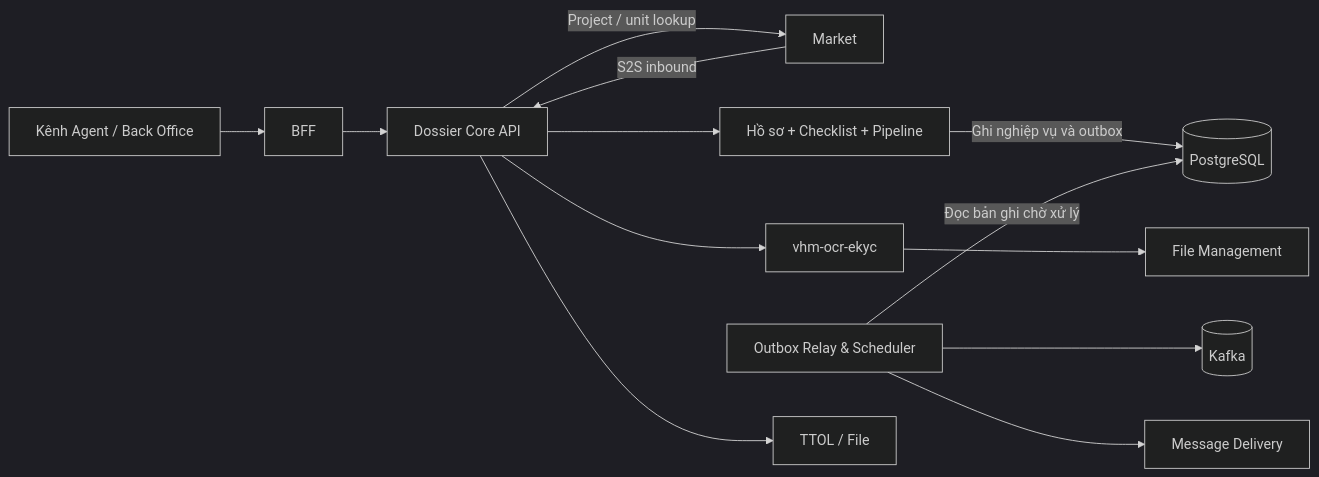
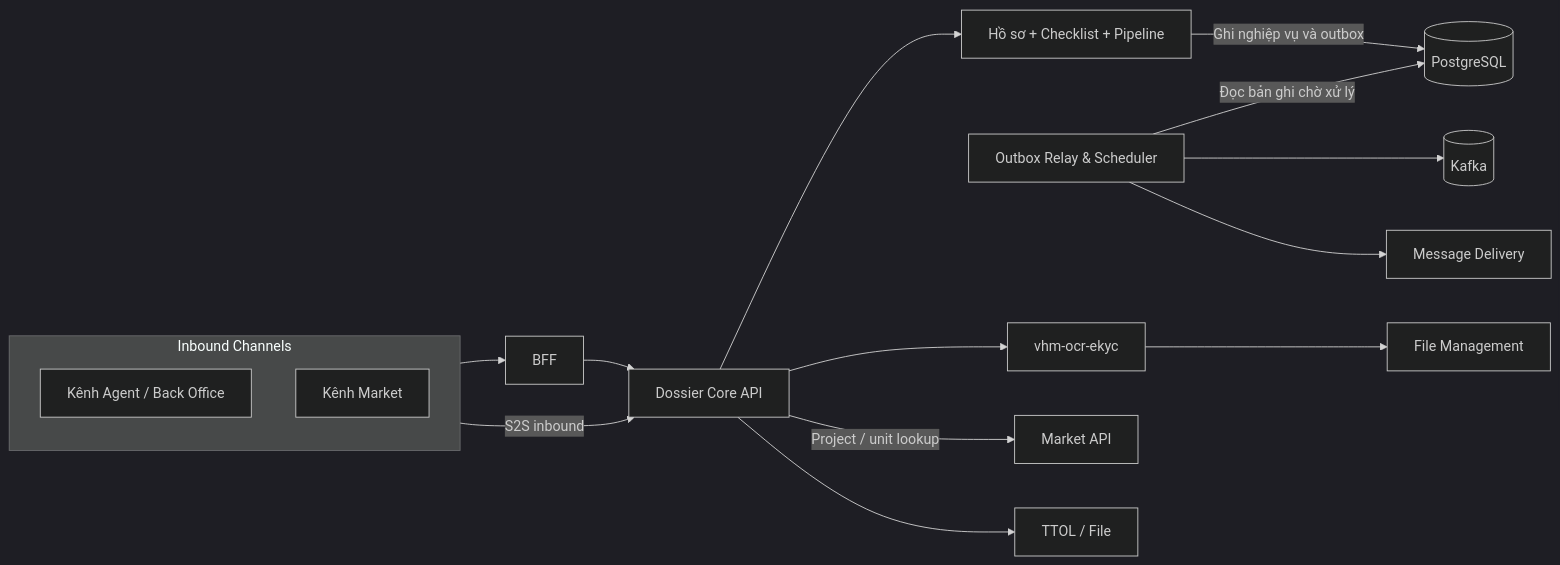
The second of 9 diagrams in tdd-dossier.md (huynv-xyz/vhm), drawn with Mermaid (dark theme) before and after one commit. The commit also changed other lines of this file, not shown here.

````diff
--- a/tdd-dossier.md
+++ b/tdd-dossier.md
@@ -199,15 +203,20 @@
 ```mermaid
 flowchart LR
-    Channel[Kênh Agent / Back Office] --> BFF[BFF]
+    subgraph Channels[Inbound Channels]
+        direction TB
+        AgentChannel[Kênh Agent / Back Office]
+        MarketChannel[Kênh Market]
+    end
+    AgentChannel --> BFF[BFF]
     BFF --> API[Dossier Core API]
-    Market[Market] -->|S2S inbound| API
+    MarketChannel -->|S2S inbound| API
     API --> Domain[Hồ sơ + Checklist + Pipeline]
     Domain -->|Ghi nghiệp vụ và outbox| DB[(PostgreSQL)]
     Relay[Outbox Relay & Scheduler] -->|Đọc bản ghi chờ xử lý| DB
     Relay --> Kafka[(Kafka)]
     Relay --> Message[Message Delivery]
     API --> OCR[vhm-ocr-ekyc]
     OCR --> File[File Management]
-    API -->|Project / unit lookup| Market
+    API -->|Project / unit lookup| MarketAPI[Market API]
     API --> Enterprise[TTOL / File]
 ```
````
